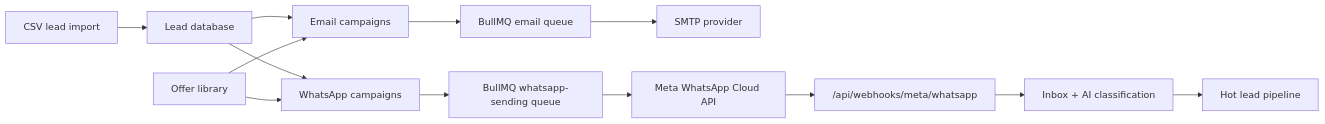
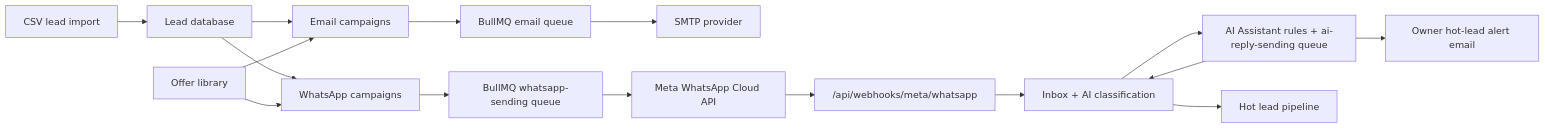
One commit to virtuprose/email-marketing changed the diagram in docs/DEVELOPER_HANDOFF.md. Above: the diagram before and after it, drawn with Mermaid. The commit also changed other lines of this file and 5 other files, not shown here.

Commit message:
Document AI assistant reply system

````diff
--- a/docs/DEVELOPER_HANDOFF.md
+++ b/docs/DEVELOPER_HANDOFF.md
@@ -33,15 +40,18 @@
 ```mermaid
 flowchart LR
   CSV["CSV lead import"] --> Leads["Lead database"]
   Leads --> EmailCampaigns["Email campaigns"]
   Leads --> WhatsAppCampaigns["WhatsApp campaigns"]
   Offers["Offer library"] --> EmailCampaigns
   Offers --> WhatsAppCampaigns
   EmailCampaigns --> EmailQueue["BullMQ email queue"]
   WhatsAppCampaigns --> WAQueue["BullMQ whatsapp-sending queue"]
   EmailQueue --> SMTP["SMTP provider"]
   WAQueue --> Meta["Meta WhatsApp Cloud API"]
   Meta --> Webhooks["/api/webhooks/meta/whatsapp"]
   Webhooks --> Inbox["Inbox + AI classification"]
+  Inbox --> AI["AI Assistant rules + ai-reply-sending queue"]
+  AI --> Inbox
   Inbox --> Pipeline["Hot lead pipeline"]
+  AI --> Alert["Owner hot-lead alert email"]
 ```
````
